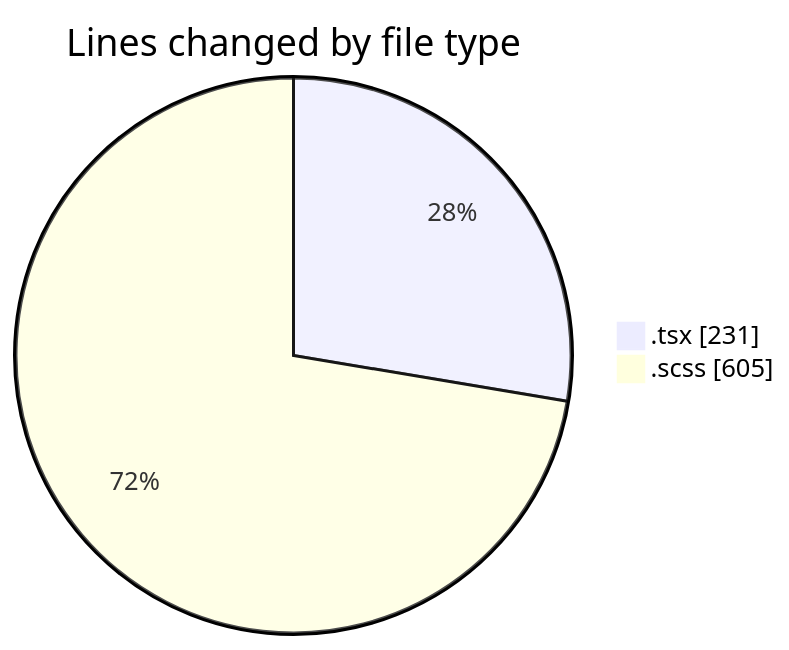
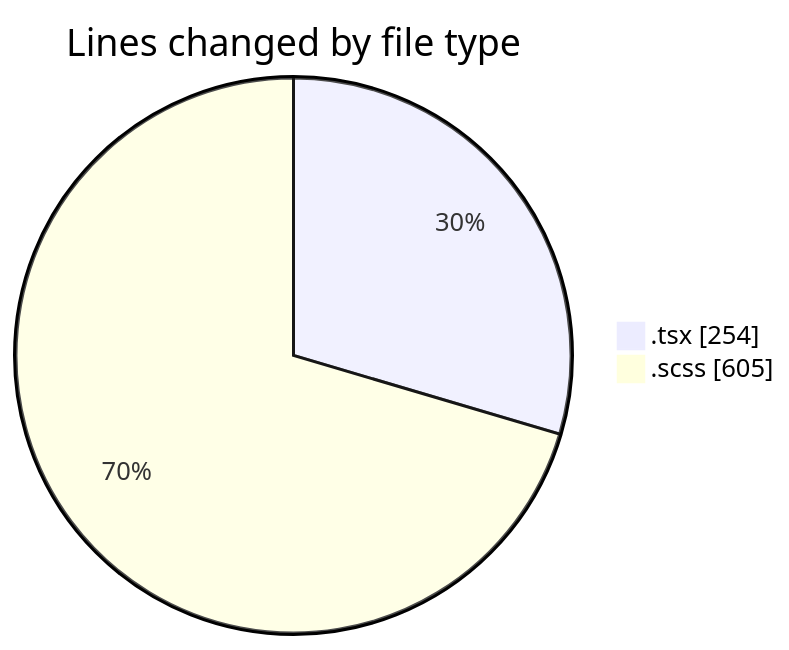
The first of 2 diagrams in 2025-03-27/cda/README.md (momahboobian/code-tracking), drawn with Mermaid before and after one commit. The commit also changed other lines of this file and 1 other file, not shown here.

````diff
--- a/2025-03-27/cda/README.md
+++ b/2025-03-27/cda/README.md
@@ -21,6 +21,6 @@
 ```mermaid
 pie showData
 title Lines changed by file type
-".tsx" : 231
+".tsx" : 254
 ".scss" : 605
 ```
````
